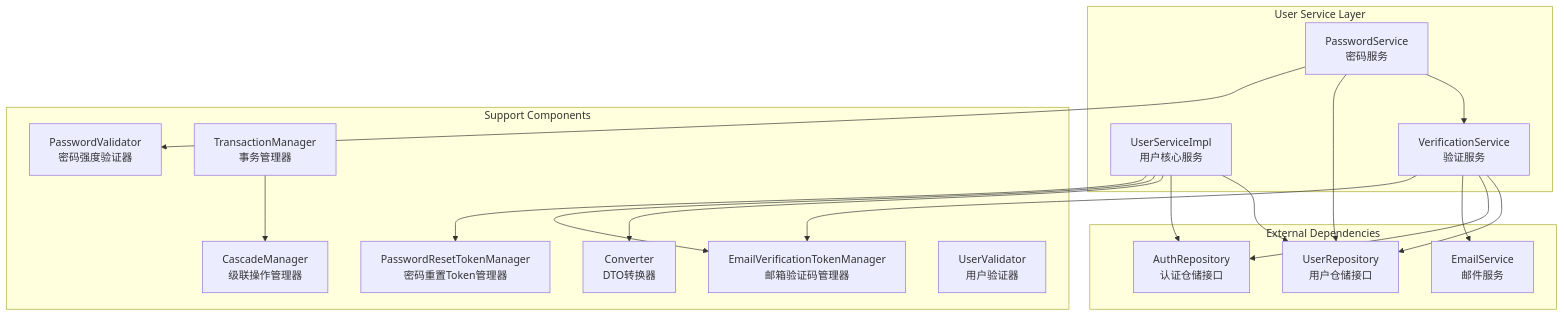
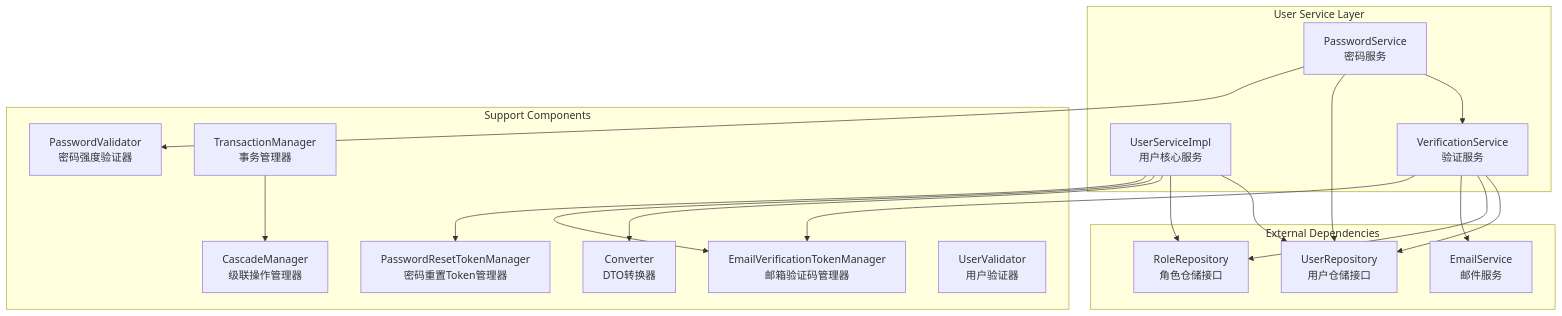
The first of 6 diagrams in service/user/README.md (yukin371/Qingyu_backend), drawn with Mermaid before and after one commit. The commit also changed other lines of this file and 73 other files, not shown here.

````diff
--- a/service/user/README.md
+++ b/service/user/README.md
@@ -7,45 +7,45 @@
 ```mermaid
 graph TB
     subgraph "User Service Layer"
         UserService["UserServiceImpl<br/>用户核心服务"]
         PasswordService["PasswordService<br/>密码服务"]
         VerificationService["VerificationService<br/>验证服务"]
     end
 
     subgraph "Support Components"
         PasswordValidator["PasswordValidator<br/>密码强度验证器"]
         EmailTokenManager["EmailVerificationTokenManager<br/>邮箱验证码管理器"]
         PasswordResetManager["PasswordResetTokenManager<br/>密码重置Token管理器"]
         TransactionManager["TransactionManager<br/>事务管理器"]
         CascadeManager["CascadeManager<br/>级联操作管理器"]
         Converter["Converter<br/>DTO转换器"]
         UserValidator["UserValidator<br/>用户验证器"]
     end
 
     subgraph "External Dependencies"
         UserRepository["UserRepository<br/>用户仓储接口"]
-        AuthRepository["AuthRepository<br/>认证仓储接口"]
+        RoleRepository["RoleRepository<br/>角色仓储接口"]
         EmailService["EmailService<br/>邮件服务"]
     end
 
     %% UserService 依赖
     UserService --> UserRepository
-    UserService --> AuthRepository
+    UserService --> RoleRepository
     UserService --> Converter
     UserService --> EmailTokenManager
     UserService --> PasswordResetManager
 
     %% PasswordService 依赖
     PasswordService --> VerificationService
     PasswordService --> UserRepository
     PasswordService --> PasswordValidator
 
     %% VerificationService 依赖
     VerificationService --> UserRepository
-    VerificationService --> AuthRepository
+    VerificationService --> RoleRepository
     VerificationService --> EmailService
     VerificationService --> EmailTokenManager
 
     %% 事务管理
     TransactionManager --> CascadeManager
 ```
````
